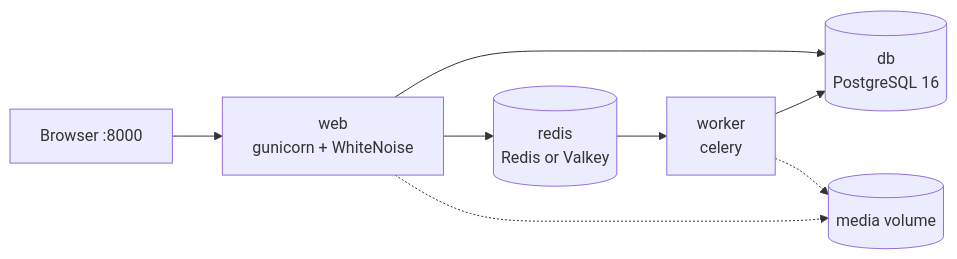
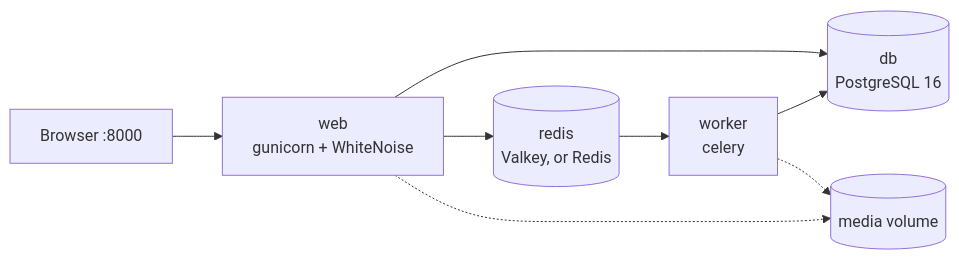
One commit to digitalutsc/arks-service changed the third of 11 diagrams in README_EXTENDED.md. Above: the diagram before and after it, drawn with Mermaid. The commit also changed other lines of this file and 2 other files, not shown here.

First line of the commit message:
Document Valkey as the default broker, Redis as the alternative

````diff
--- a/README_EXTENDED.md
+++ b/README_EXTENDED.md
@@ -121,10 +121,10 @@
 ```mermaid
 flowchart LR
     B["Browser :8000"] --> W["web<br/>gunicorn + WhiteNoise"]
     W --> P[("db<br/>PostgreSQL 16")]
-    W --> R[("redis<br/>Redis or Valkey")]
+    W --> R[("redis<br/>Valkey, or Redis")]
     R --> K["worker<br/>celery"]
     K --> P
     W -.-> V[("media volume")]
     K -.-> V
 ```
````
